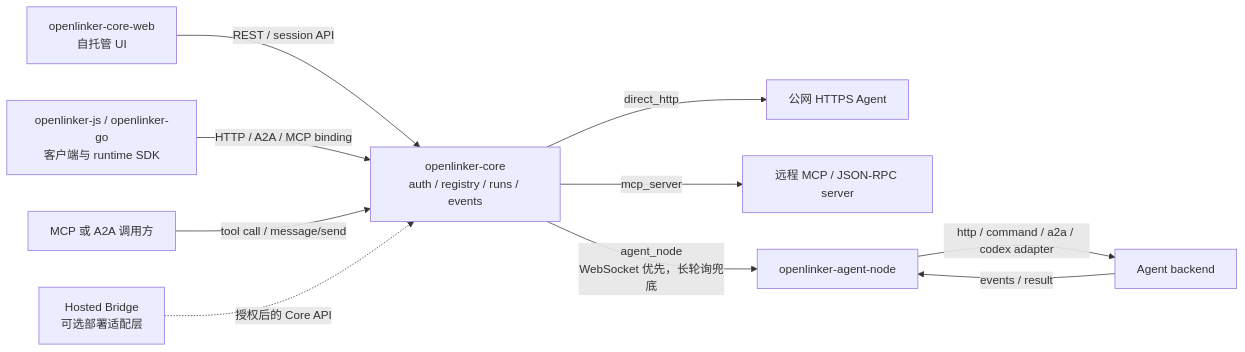
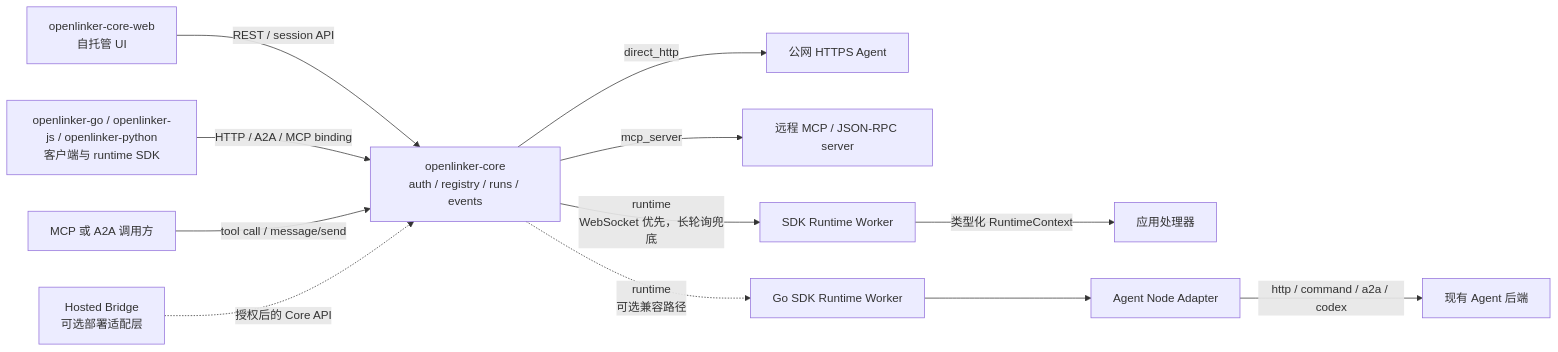
The diagram in README.zh-CN.md (Frank-svg-dev/openlinker-core), drawn with Mermaid before and after one commit. The commit also changed other lines of this file and 117 other files, not shown here.

Commit message:
refactor(runtime)!: make SDK worker the canonical boundary

````diff
--- a/README.zh-CN.md
+++ b/README.zh-CN.md
@@ -49,16 +49,19 @@
 ```mermaid
 flowchart LR
   CoreWeb["openlinker-core-web<br/>自托管 UI"] -->|"REST / session API"| Core
-  SDKs["openlinker-js / openlinker-go<br/>客户端与 runtime SDK"] -->|"HTTP / A2A / MCP binding"| Core
+  SDKs["openlinker-go / openlinker-js / openlinker-python<br/>客户端与 runtime SDK"] -->|"HTTP / A2A / MCP binding"| Core
   MCPCaller["MCP 或 A2A 调用方"] -->|"tool call / message/send"| Core
 
   HostedBridge["Hosted Bridge<br/>可选部署适配层"] -.->|"授权后的 Core API"| Core
 
   Core["openlinker-core<br/>auth / registry / runs / events"]
 
   Core -->|"direct_http"| HTTPAgent["公网 HTTPS Agent"]
   Core -->|"mcp_server"| MCPAgent["远程 MCP / JSON-RPC server"]
-  Core -->|"agent_node<br/>WebSocket 优先，长轮询兜底"| AgentNode["openlinker-agent-node"]
-  AgentNode -->|"http / command / a2a / codex adapter"| Backend["Agent backend"]
-  Backend -->|"events / result"| AgentNode
+  Core -->|"runtime<br/>WebSocket 优先，长轮询兜底"| RuntimeWorker["SDK Runtime Worker"]
+  RuntimeWorker -->|"类型化 RuntimeContext"| Handler["应用处理器"]
+
+  Core -.->|"runtime<br/>可选兼容路径"| AdapterWorker["Go SDK Runtime Worker"]
+  AdapterWorker --> AgentNode["Agent Node Adapter"]
+  AgentNode -->|"http / command / a2a / codex"| Backend["现有 Agent 后端"]
 ```
````
